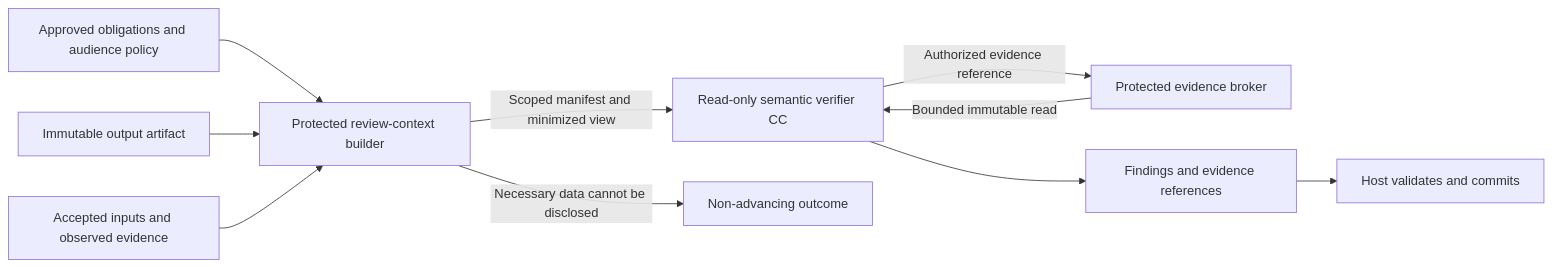
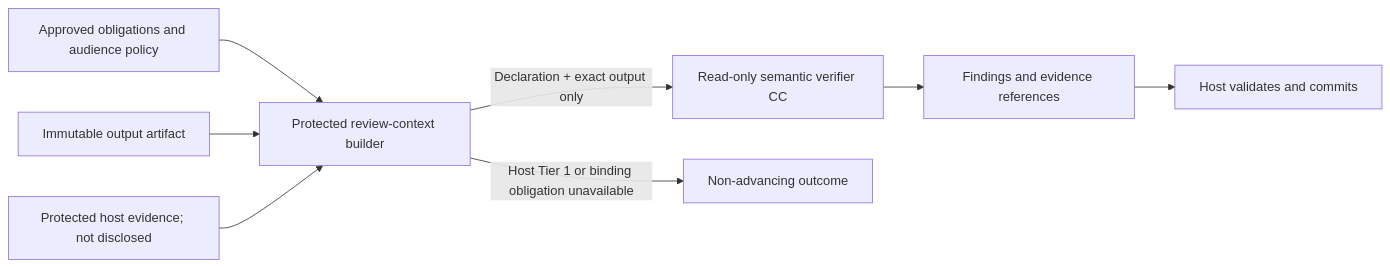
Before and after one commit to Stellven/jiuwenswarm: the third of 3 diagrams in docs/architecture/design-package/guard-design.md, drawn with Mermaid. The commit also changed other lines of this file and 114 other files, not shown here.

````diff
--- a/docs/architecture/design-package/guard-design.md
+++ b/docs/architecture/design-package/guard-design.md
@@ -78,12 +81,10 @@
 ```mermaid
 flowchart LR
   Policy[Approved obligations and audience policy] --> Build[Protected review-context builder]
   Output[Immutable output artifact] --> Build
-  Evidence[Accepted inputs and observed evidence] --> Build
-  Build -->|Scoped manifest and minimized view| Review[Read-only semantic verifier CC]
-  Review -->|Authorized evidence reference| Broker[Protected evidence broker]
-  Broker -->|Bounded immutable read| Review
+  Evidence[Protected host evidence; not disclosed] --> Build
+  Build -->|Declaration + exact output only| Review[Read-only semantic verifier CC]
   Review --> Findings[Findings and evidence references]
   Findings --> Host[Host validates and commits]
-  Build -->|Necessary data cannot be disclosed| Stop[Non-advancing outcome]
+  Build -->|Host Tier 1 or binding obligation unavailable| Stop[Non-advancing outcome]
 ```
````
